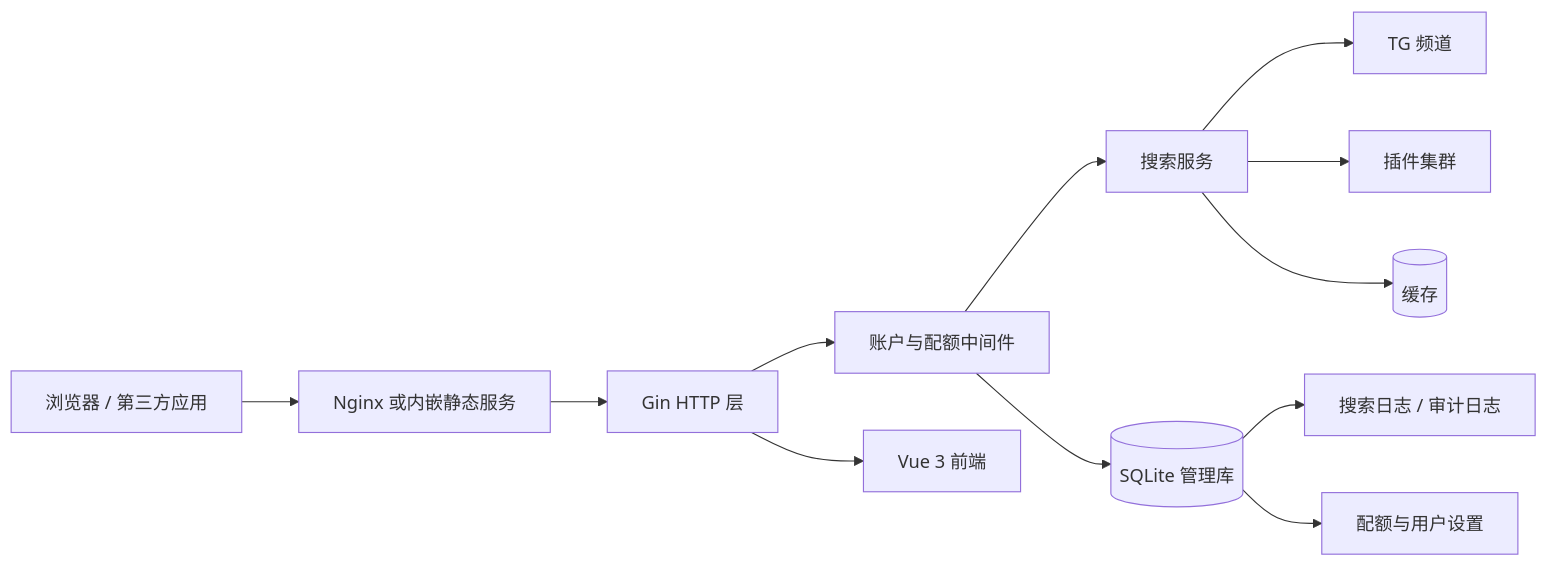
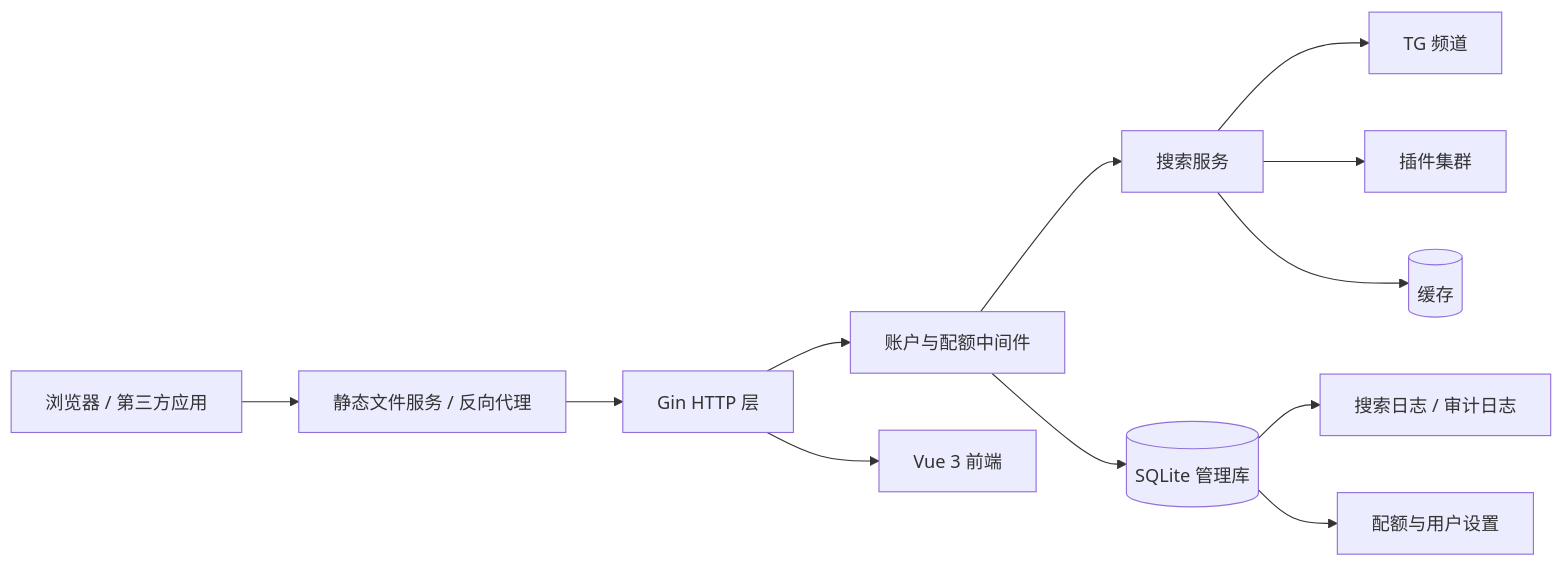
The diagram in README.md (LiuShen-Fork/pansou-web), drawn with Mermaid before and after one commit. The commit also changed other lines of this file and 1 other file, not shown here.

````diff
--- a/README.md
+++ b/README.md
@@ -89,14 +89,14 @@
 ```mermaid
 flowchart LR
-    U[浏览器 / 第三方应用] --> N[Nginx 或内嵌静态服务]
+    U[浏览器 / 第三方应用] --> N[静态文件服务 / 反向代理]
     N --> G[Gin HTTP 层]
     G --> A[账户与配额中间件]
     A --> S[搜索服务]
     S --> T[TG 频道]
     S --> P[插件集群]
     S --> C[(缓存)]
     A --> D[(SQLite 管理库)]
     D --> L[搜索日志 / 审计日志]
     D --> Q[配额与用户设置]
     G --> W[Vue 3 前端]
 ```
````
